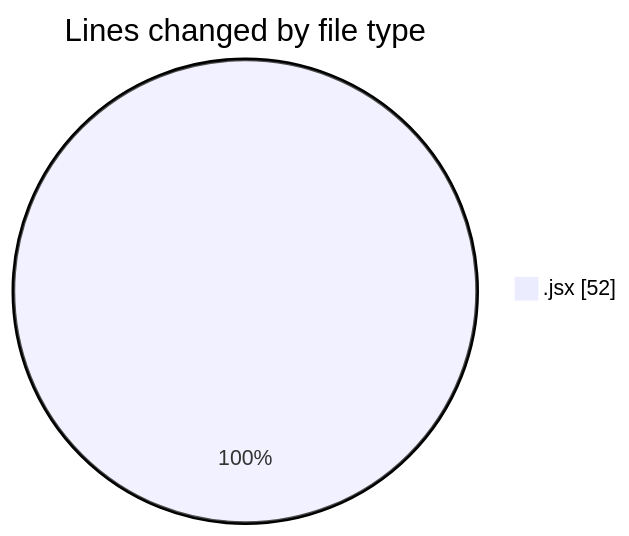
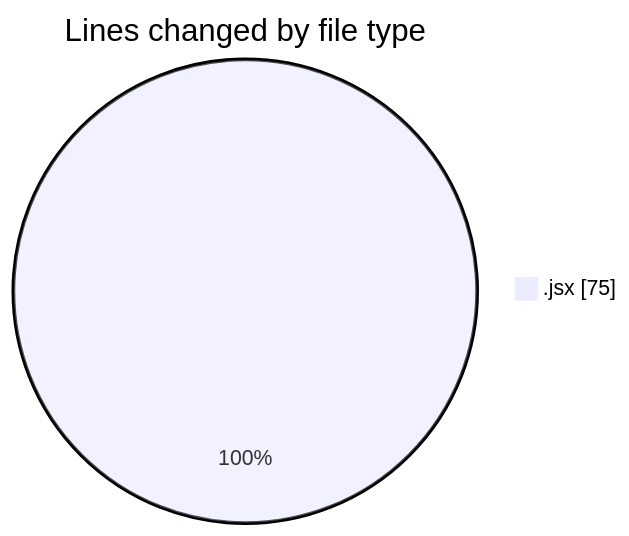
The first of 2 diagrams in 2025-02-12/react_ecom/README.md (Elitesun/code-tracking), drawn with Mermaid before and after one commit. The commit also changed other lines of this file and 1 other file, not shown here.

````diff
--- a/2025-02-12/react_ecom/README.md
+++ b/2025-02-12/react_ecom/README.md
@@ -21,5 +22,5 @@
 ```mermaid
 pie showData
 title Lines changed by file type
-".jsx" : 52
+".jsx" : 75
 ```
````
